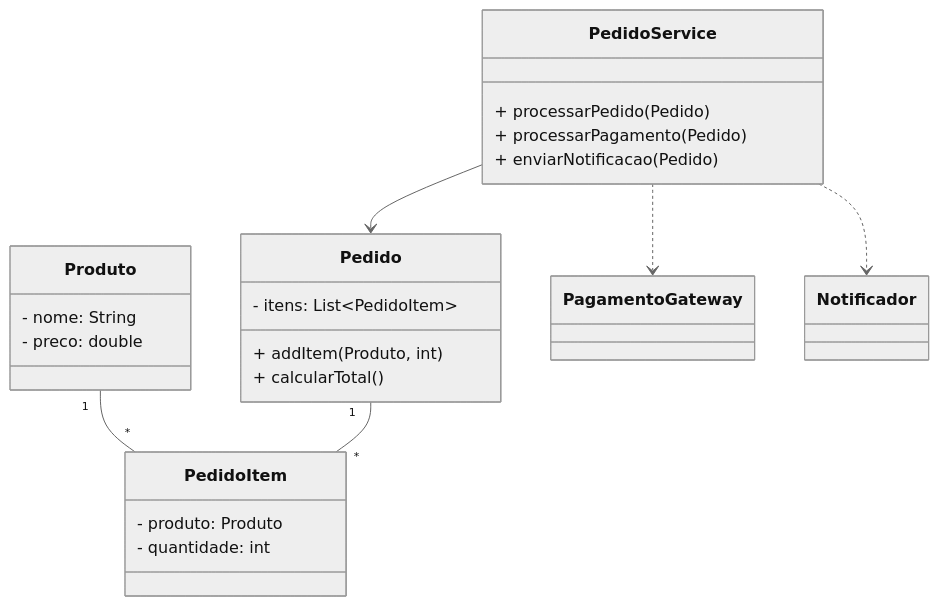
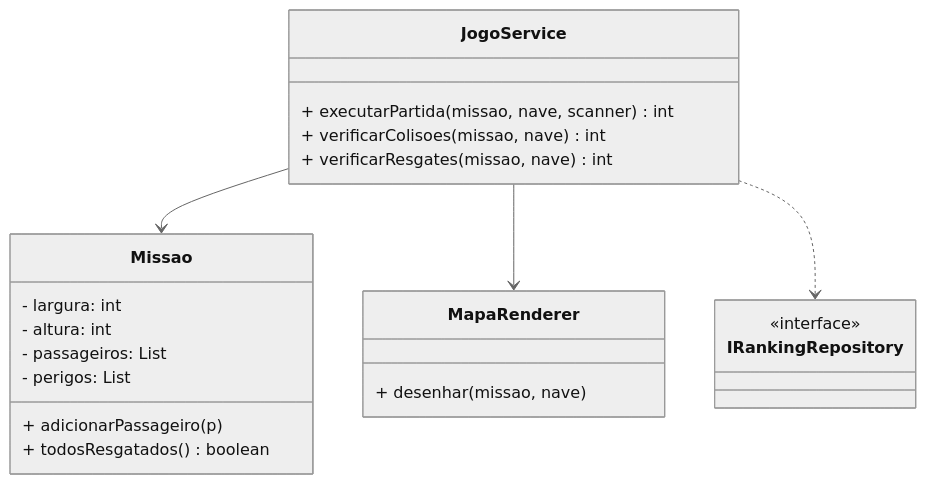
One commit to ProfBezerra/T200-ProjArqSist changed the diagram in missaoMarteUnifor/grasp/apostilas-grasp/high-cohesion.md. Above: the diagram before and after it, drawn with Mermaid (neutral theme). The commit also changed other lines of this file and 10 other files, not shown here.

````diff
--- a/missaoMarteUnifor/grasp/apostilas-grasp/high-cohesion.md
+++ b/missaoMarteUnifor/grasp/apostilas-grasp/high-cohesion.md
@@ -89,33 +90,29 @@
 ```mermaid
 classDiagram
-  class Produto {
-    - nome: String
-    - preco: double
+  class Missao {
+    - largura: int
+    - altura: int
+    - passageiros: List
+    - perigos: List
+    + adicionarPassageiro(p)
+    + todosResgatados() boolean
   }
 
-  class PedidoItem {
-    - produto: Produto
-    - quantidade: int
+  class JogoService {
+    + executarPartida(missao, nave, scanner) int
+    + verificarColisoes(missao, nave) int
+    + verificarResgates(missao, nave) int
   }
 
-  class Pedido {
-    - itens: List~PedidoItem~
-    + addItem(Produto, int)
-    + calcularTotal()
+  class MapaRenderer {
+    + desenhar(missao, nave)
   }
 
-  class PedidoService {
-    + processarPedido(Pedido)
-    + processarPagamento(Pedido)
-    + enviarNotificacao(Pedido)
+  class IRankingRepository {
+    <<interface>>
   }
 
-  class PagamentoGateway
-  class Notificador
-
-  Produto "1" -- "*" PedidoItem
-  Pedido "1" -- "*" PedidoItem
-  PedidoService --> Pedido
-  PedidoService ..> PagamentoGateway
-  PedidoService ..> Notificador
+  JogoService --> Missao
+  JogoService --> MapaRenderer
+  JogoService ..> IRankingRepository
 ```
````
